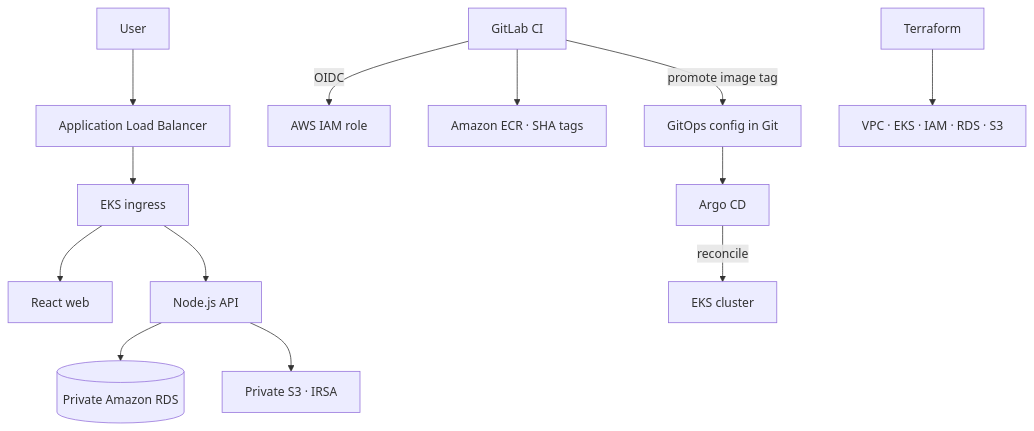
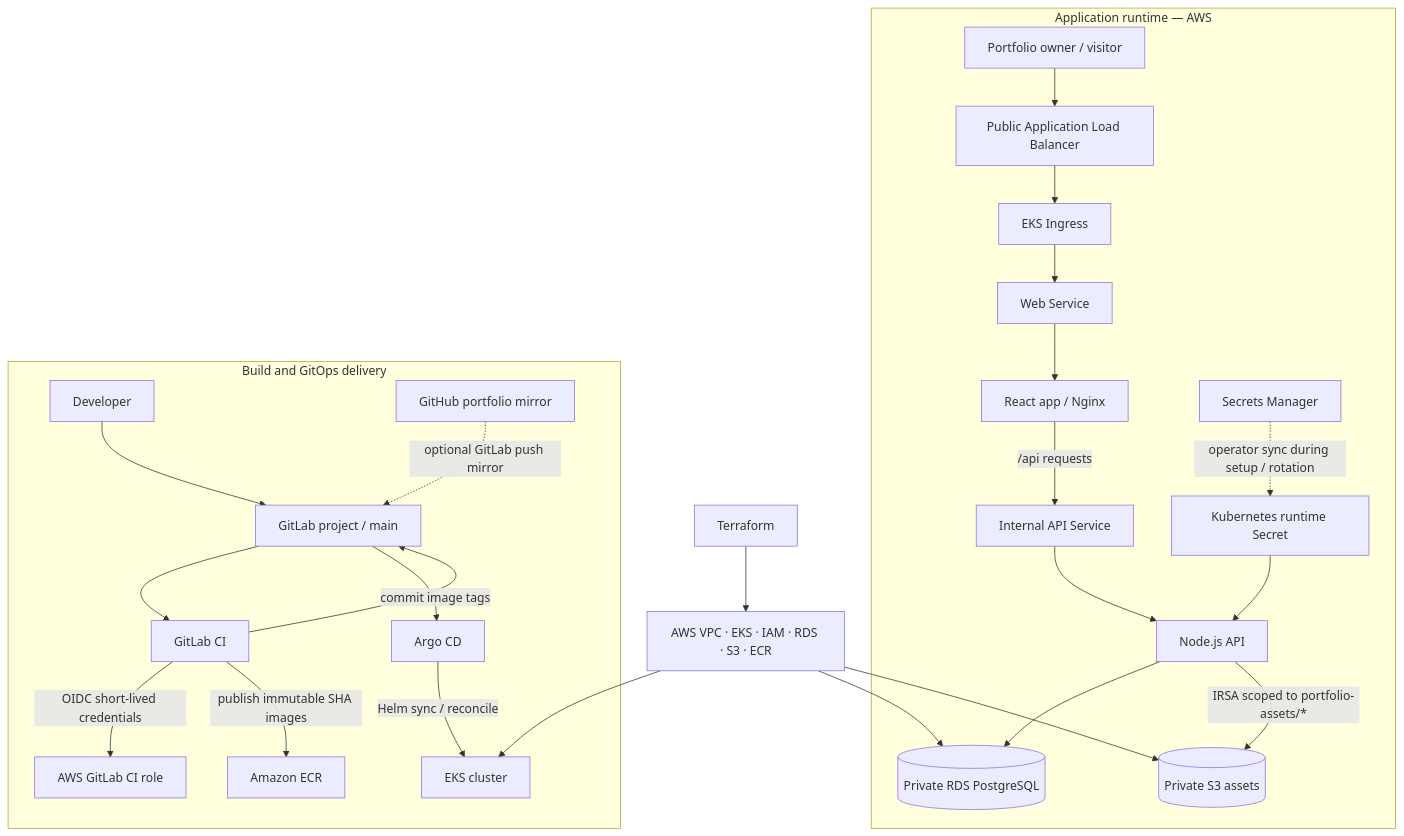
Before and after one commit to S-charan120/showcaseme-aws-eks-devops: the diagram in README.md, drawn with Mermaid. The commit also changed other lines of this file, not shown here.

Commit message:
docs: align AWS EKS README.md with delivery workflow

````diff
--- a/README.md
+++ b/README.md
@@ -22,15 +25,31 @@
 ```mermaid
 flowchart TB
-  U[User] --> ALB[Application Load Balancer]
-  ALB --> ING[EKS ingress]
-  ING --> WEB[React web]
-  ING --> API[Node.js API]
-  API --> RDS[(Private Amazon RDS)]
-  API --> S3[Private S3 · IRSA]
-  GL[GitLab CI] -->|OIDC| AWS[AWS IAM role]
-  GL --> ECR[Amazon ECR · SHA tags]
-  GL -->|promote image tag| GIT[GitOps config in Git]
-  ARGO[Argo CD] -->|reconcile| EKS[EKS cluster]
-  GIT --> ARGO
-  TF[Terraform] --> VPC[VPC · EKS · IAM · RDS · S3]
+  subgraph Runtime["Application runtime — AWS"]
+    User[Portfolio owner / visitor] --> ALB[Public Application Load Balancer]
+    ALB --> Ingress[EKS Ingress]
+    Ingress --> WebSvc[Web Service]
+    WebSvc --> Web[React app / Nginx]
+    Web -->|/api requests| ApiSvc[Internal API Service]
+    ApiSvc --> API[Node.js API]
+    API --> RDS[(Private RDS PostgreSQL)]
+    API -->|IRSA scoped to portfolio-assets/*| S3[(Private S3 assets)]
+    Secrets[Secrets Manager] -.->|operator sync during setup / rotation| K8sSecret[Kubernetes runtime Secret]
+    K8sSecret --> API
+  end
+
+  subgraph Delivery["Build and GitOps delivery"]
+    Dev[Developer] --> GL[GitLab project / main]
+    GL --> CI[GitLab CI]
+    CI -->|OIDC short-lived credentials| IAM[AWS GitLab CI role]
+    CI -->|publish immutable SHA images| ECR[Amazon ECR]
+    CI -->|commit image tags| GL
+    GL --> Argo[Argo CD]
+    Argo -->|Helm sync / reconcile| EKS[EKS cluster]
+    GitHub[GitHub portfolio mirror] -.->|optional GitLab push mirror| GL
+  end
+
+  TF[Terraform] --> AWS[AWS VPC · EKS · IAM · RDS · S3 · ECR]
+  AWS --> EKS
+  AWS --> RDS
+  AWS --> S3
 ```
````
